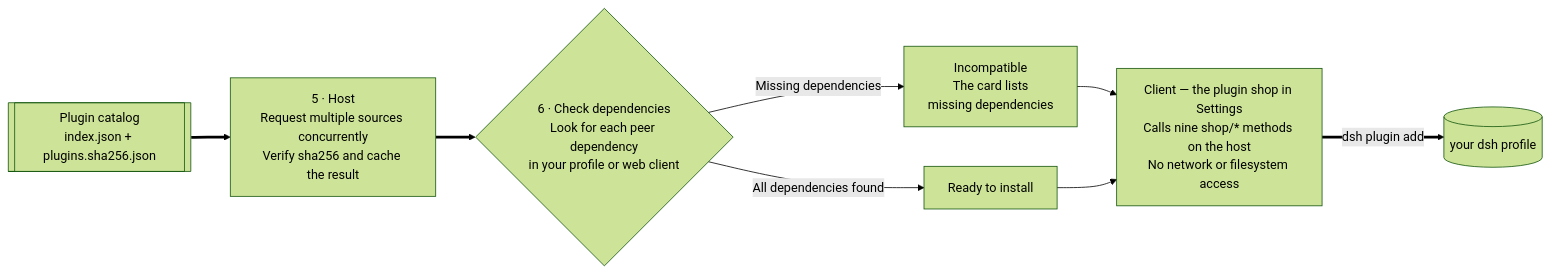
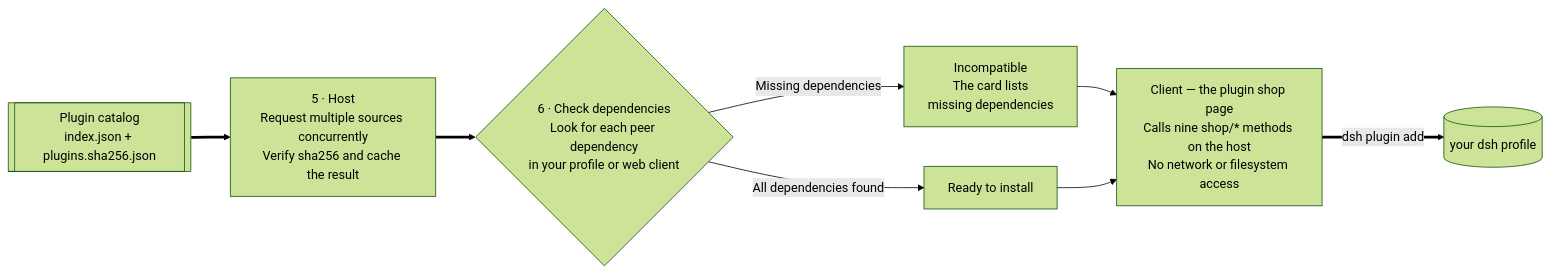
Before and after one commit to LivXue/dsh-plugin-shop: the second of 2 diagrams in README.md, drawn with Mermaid (forest theme). The commit also changed other lines of this file and 6 other files, not shown here.

First line of the commit message:
chore: 0.9.0 - the shop's own sidebar page, and dsh 0.2.1 support

````diff
--- a/README.md
+++ b/README.md
@@ -155,11 +155,11 @@
 ```mermaid
 flowchart LR
   CAT[["Plugin catalog<br/>index.json + plugins.sha256.json"]]
   CAT ==> HOST["5 · Host<br/>Request multiple sources concurrently<br/>Verify sha256 and cache the result"]
   HOST ==> DEP{"6 · Check dependencies<br/>Look for each peer dependency<br/>in your profile or web client"}
   DEP -->|"Missing dependencies"| BAD["Incompatible<br/>The card lists<br/>missing dependencies"]
   DEP -->|"All dependencies found"| GOOD["Ready to install"]
-  BAD --> CLIENT["Client — the plugin shop in Settings<br/>Calls nine shop/* methods on the host<br/>No network or filesystem access"]
+  BAD --> CLIENT["Client — the plugin shop page<br/>Calls nine shop/* methods on the host<br/>No network or filesystem access"]
   GOOD --> CLIENT
   CLIENT ==>|"dsh plugin add"| PROF[("your dsh profile")]
 ```
````
